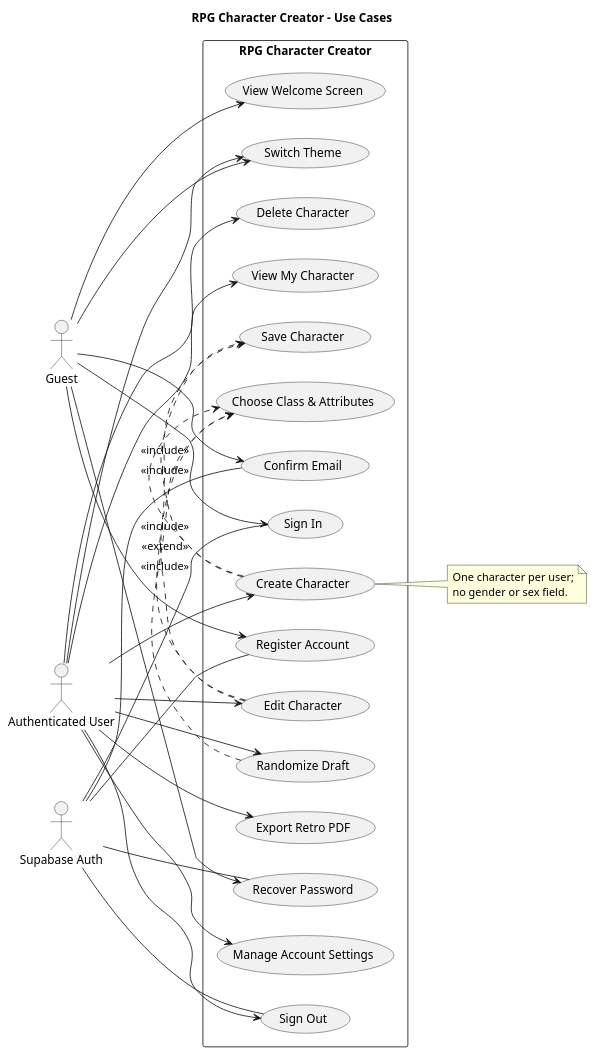
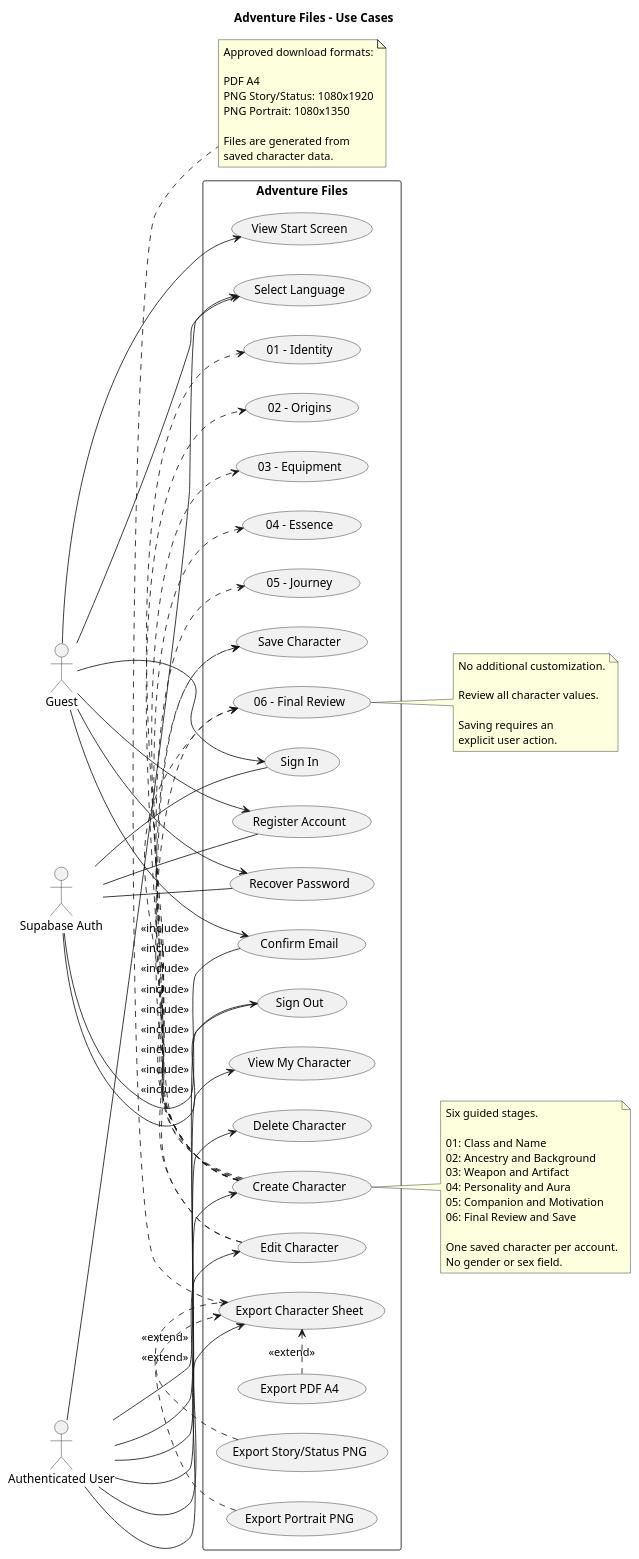
Before and after one commit to AlexandroLeao/rpg-character-creator: the diagram in docs/uml/use-cases.puml, drawn with PlantUML. The commit also changed 8 other files, not shown here.

Commit message:
docs: align six-stage character creator and export roadmap

```diff
--- a/docs/uml/use-cases.puml
+++ b/docs/uml/use-cases.puml
@@ -1,66 +1,115 @@
 @startuml
-title RPG Character Creator - Use Cases
+title Adventure Files - Use Cases
 
 left to right direction
+
 skinparam shadowing false
 skinparam packageStyle rectangle
 
 actor "Guest" as Guest
 actor "Authenticated User" as User
 actor "Supabase Auth" as Auth
 
-rectangle "RPG Character Creator" {
-    usecase "View Welcome Screen" as Welcome
+rectangle "Adventure Files" {
+
+    usecase "View Start Screen" as Welcome
+    usecase "Select Language" as Language
+
     usecase "Register Account" as Register
     usecase "Confirm Email" as Confirm
     usecase "Sign In" as Login
     usecase "Recover Password" as Recover
     usecase "Sign Out" as Logout
-    usecase "Manage Account Settings" as Settings
 
     usecase "Create Character" as Create
-    usecase "Choose Class & Attributes" as Choose
-    usecase "Randomize Draft" as Randomize
+
+    usecase "01 - Identity" as Identity
+    usecase "02 - Origins" as Origins
+    usecase "03 - Equipment" as Equipment
+    usecase "04 - Essence" as Essence
+    usecase "05 - Journey" as Journey
+    usecase "06 - Final Review" as Review
+
     usecase "Save Character" as Save
+
     usecase "View My Character" as View
     usecase "Edit Character" as Edit
-    usecase "Export Retro PDF" as Export
     usecase "Delete Character" as Delete
-    usecase "Switch Theme" as Theme
+
+    usecase "Export Character Sheet" as Export
+    usecase "Export PDF A4" as ExportPDF
+    usecase "Export Story/Status PNG" as ExportStory
+    usecase "Export Portrait PNG" as ExportPortrait
 }
 
 Guest --> Welcome
+Guest --> Language
 Guest --> Register
+Guest --> Confirm
 Guest --> Login
 Guest --> Recover
-Guest --> Confirm
-Guest --> Theme
 
+User --> Language
 User --> Logout
-User --> Settings
 User --> Create
 User --> View
 User --> Edit
+User --> Delete
 User --> Export
-User --> Delete
-User --> Theme
 
-Create .> Choose : <<include>>
+Create .> Identity : <<include>>
+Create .> Origins : <<include>>
+Create .> Equipment : <<include>>
+Create .> Essence : <<include>>
+Create .> Journey : <<include>>
+Create .> Review : <<include>>
 Create .> Save : <<include>>
-Edit .> Choose : <<include>>
+
+Edit .> Review : <<include>>
 Edit .> Save : <<include>>
-Randomize .> Choose : <<extend>>
-User --> Randomize
+
+ExportPDF .> Export : <<extend>>
+ExportStory .> Export : <<extend>>
+ExportPortrait .> Export : <<extend>>
 
 Auth -- Register
 Auth -- Confirm
 Auth -- Login
 Auth -- Recover
 Auth -- Logout
 
 note right of Create
-  One character per user;
-  no gender or sex field.
+  Six guided stages.
+
+  01: Class and Name
+  02: Ancestry and Background
+  03: Weapon and Artifact
+  04: Personality and Aura
+  05: Companion and Motivation
+  06: Final Review and Save
+
+  One saved character per account.
+  No gender or sex field.
+end note
+
+note right of Review
+  No additional customization.
+
+  Review all character values.
+
+  Saving requires an
+  explicit user action.
+end note
+
+note bottom of Export
+  Approved download formats:
+
+  PDF A4
+  PNG Story/Status: 1080x1920
+  PNG Portrait: 1080x1350
+
+  Files are generated from
+  saved character data.
 end note
 
 @enduml
```
